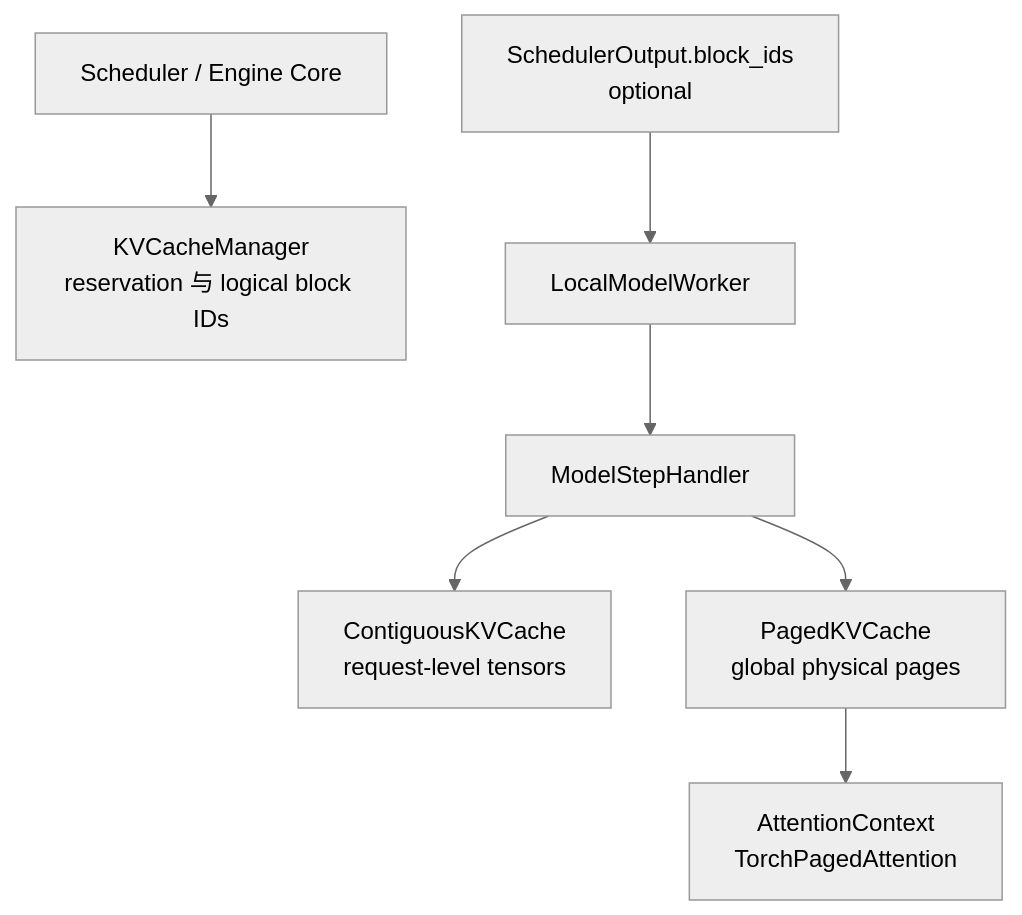
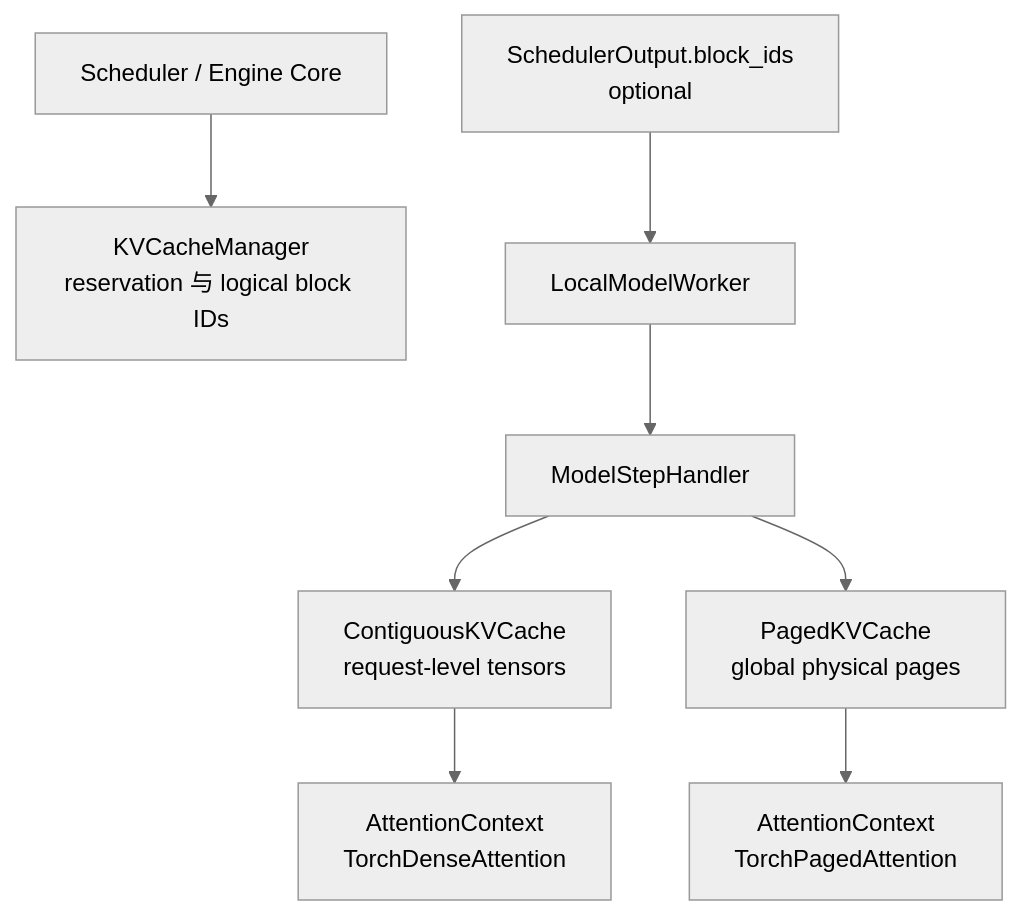
Before and after one commit to poorpaper/light-vllm: the second of 3 diagrams in docs/architecture.md, drawn with Mermaid (neutral theme). The commit also changed other lines of this file and 3 other files, not shown here.

````diff
--- a/docs/architecture.md
+++ b/docs/architecture.md
@@ -143,9 +144,10 @@
 ```mermaid
 flowchart TB
     Scheduler["Scheduler / Engine Core"] --> Logical["KVCacheManager<br/>reservation 与 logical block IDs"]
     Output["SchedulerOutput.block_ids<br/>optional"] --> Worker["LocalModelWorker"]
     Worker --> Step["ModelStepHandler"]
     Step --> Contiguous["ContiguousKVCache<br/>request-level tensors"]
     Step --> Paged["PagedKVCache<br/>global physical pages"]
-    Paged --> Attention["AttentionContext<br/>TorchPagedAttention"]
+    Contiguous --> Dense["AttentionContext<br/>TorchDenseAttention"]
+    Paged --> PagedAttention["AttentionContext<br/>TorchPagedAttention"]
 ```
````
